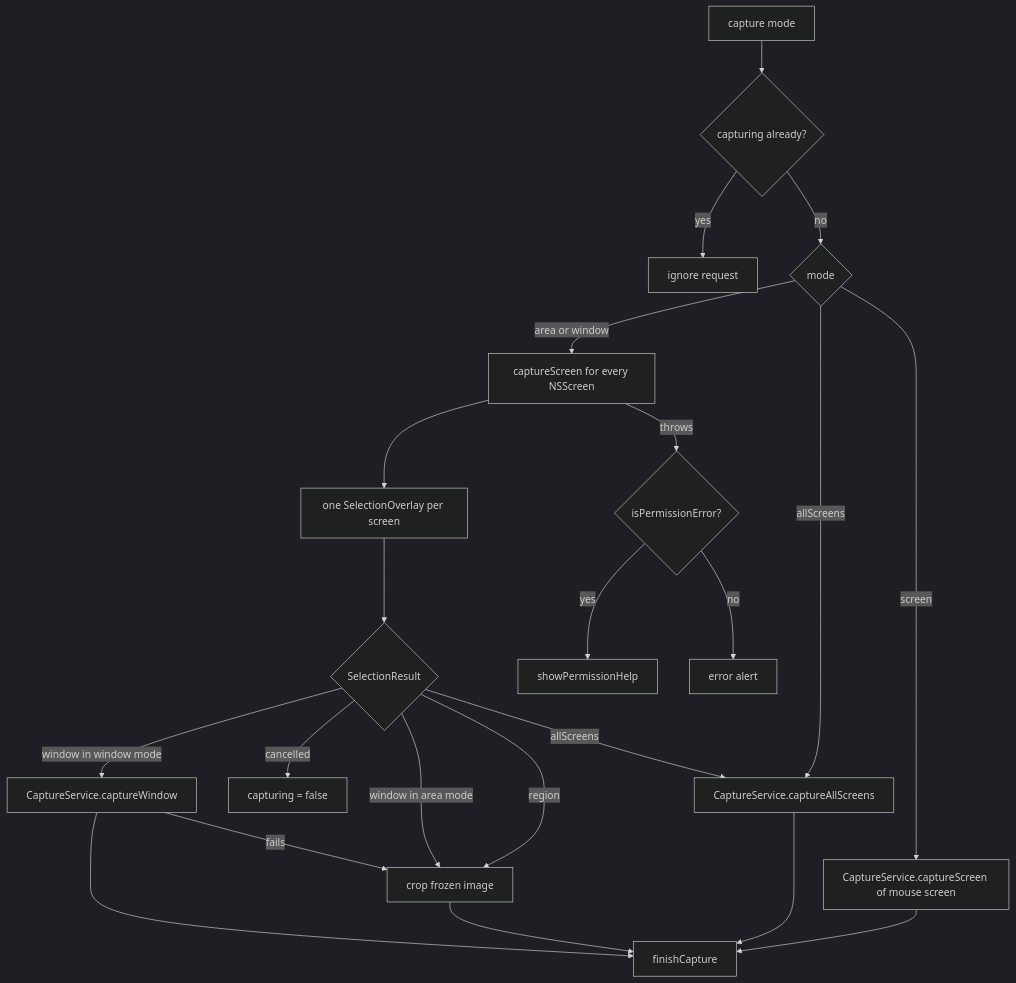
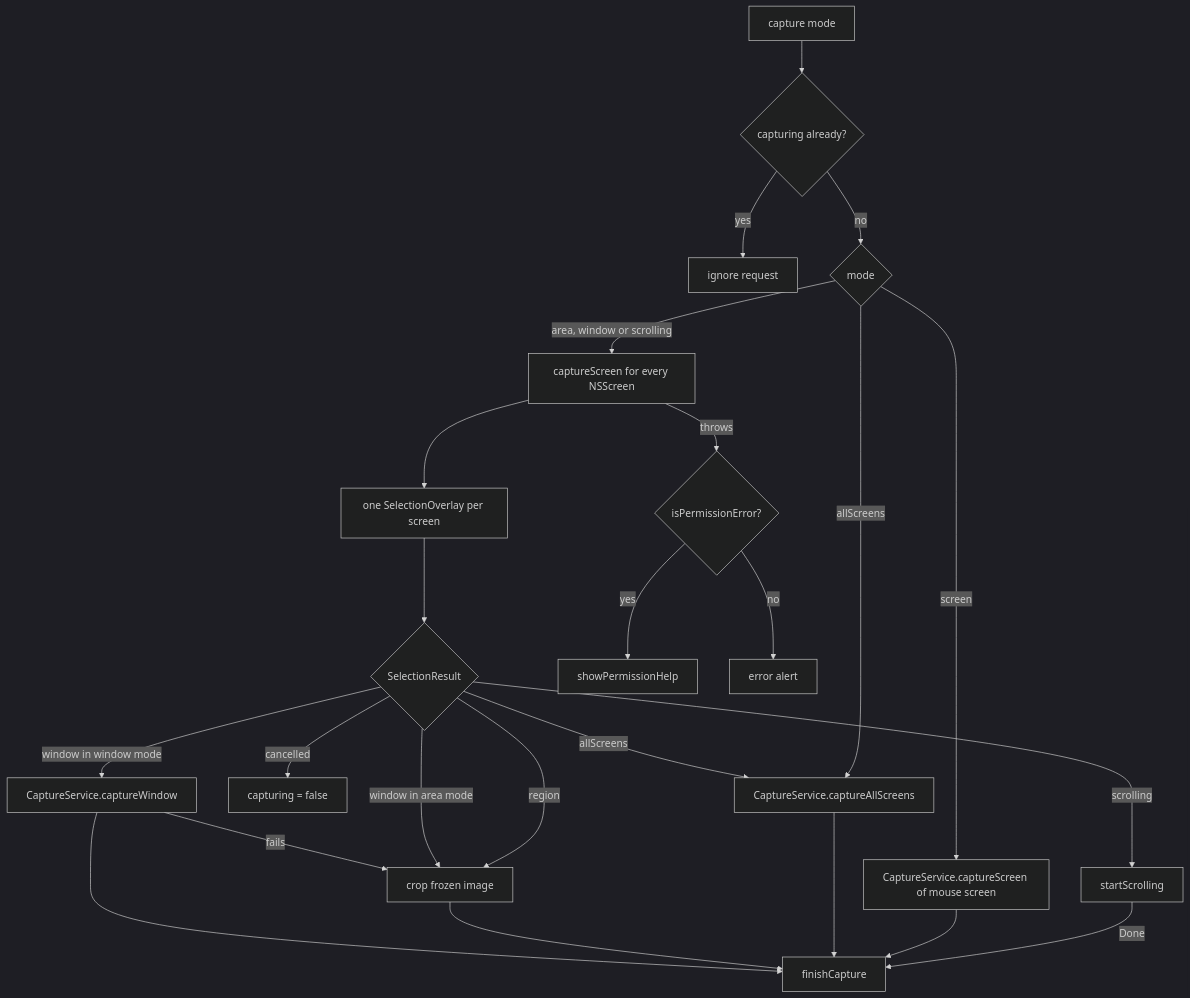
The first of 3 diagrams in library/knowledge/private/capture/capture-pipeline.md (g-baskin/pinpoint), drawn with Mermaid (dark theme) before and after one commit. The commit also changed other lines of this file and 20 other files, not shown here.

Commit message:
Add scrolling capture that stitches a scrolled area into one tall image

````diff
--- a/library/knowledge/private/capture/capture-pipeline.md
+++ b/library/knowledge/private/capture/capture-pipeline.md
@@ -34,24 +35,26 @@
 ```mermaid
 flowchart TD
     request[capture mode] --> busy{capturing already?}
     busy -->|yes| ignore[ignore request]
     busy -->|no| kind{mode}
     kind -->|screen| shotScreen[CaptureService.captureScreen of mouse screen]
     kind -->|allScreens| shotAll[CaptureService.captureAllScreens]
-    kind -->|area or window| freeze[captureScreen for every NSScreen]
+    kind -->|area, window or scrolling| freeze[captureScreen for every NSScreen]
     freeze --> overlays[one SelectionOverlay per screen]
     overlays --> result{SelectionResult}
     result -->|cancelled| reset[capturing = false]
     result -->|region| cropFrozen[crop frozen image]
     result -->|allScreens| shotAll
     result -->|window in window mode| grabWindow[CaptureService.captureWindow]
     result -->|window in area mode| cropFrozen
+    result -->|scrolling| scrollSession[startScrolling]
+    scrollSession -->|Done| finish
     grabWindow -->|fails| cropFrozen
     shotScreen --> finish[finishCapture]
     shotAll --> finish
     cropFrozen --> finish
     grabWindow --> finish
     freeze -->|throws| permCheck{isPermissionError?}
     permCheck -->|yes| help[showPermissionHelp]
     permCheck -->|no| alert[error alert]
 ```
````
